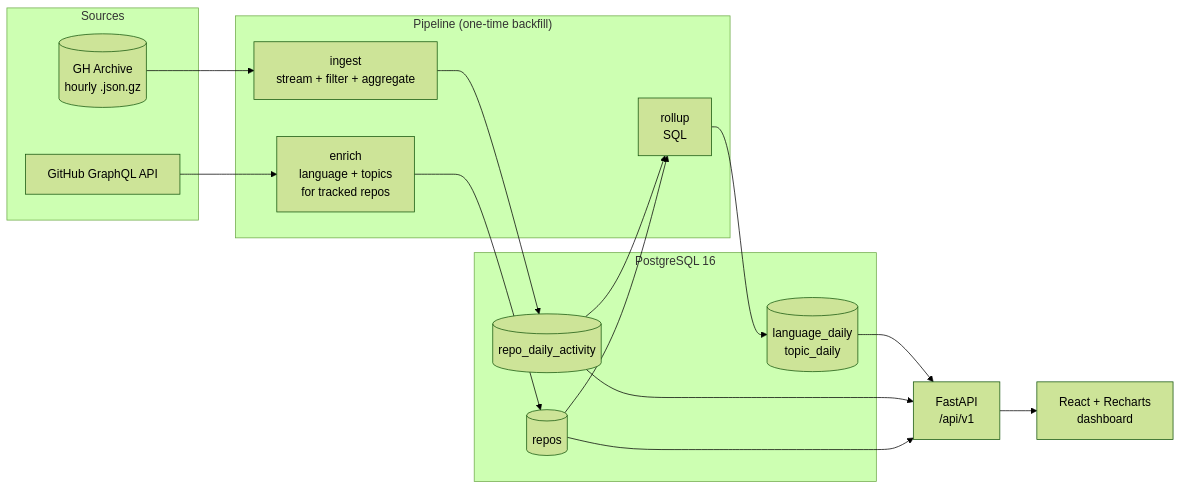
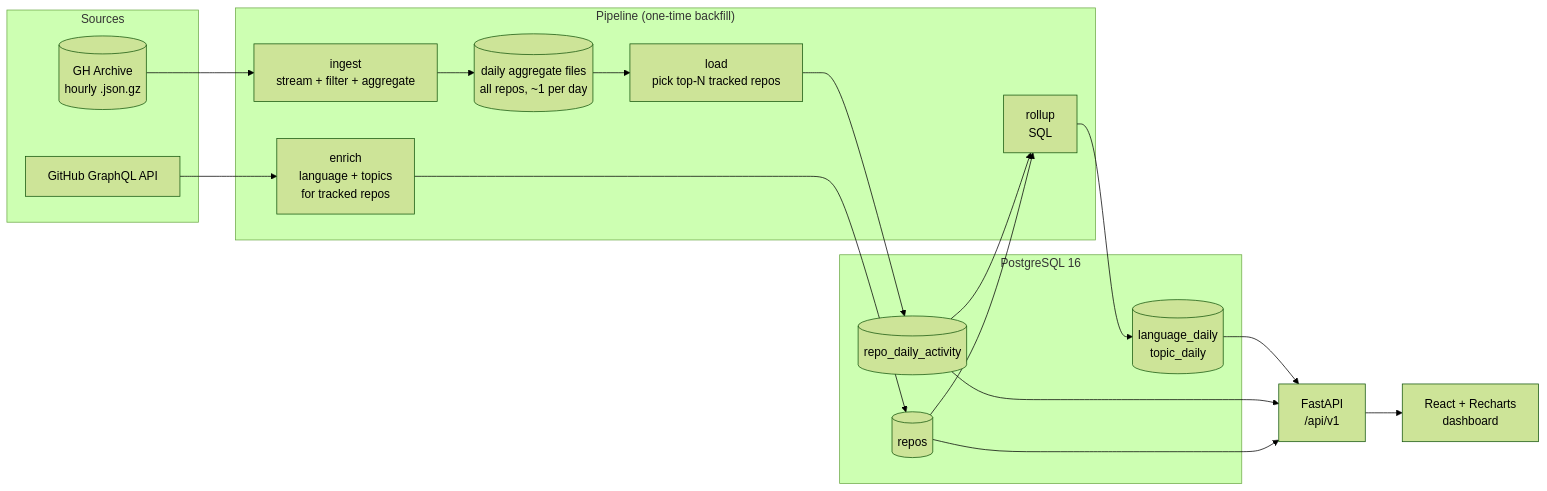
The diagram in README.md (AksharAeinampudi/gh-ecosystem-analyzer), drawn with Mermaid (forest theme) before and after one commit. The commit also changed 3 other files, not shown here.

````diff
--- a/README.md
+++ b/README.md
@@ -13,32 +13,34 @@
 ```mermaid
 flowchart LR
     subgraph Sources
         GHA[(GH Archive<br/>hourly .json.gz)]
         GQL[GitHub GraphQL API]
     end
 
     subgraph Pipeline["Pipeline (one-time backfill)"]
         ING[ingest<br/>stream + filter + aggregate]
+        FILES[(daily aggregate files<br/>all repos, ~1 per day)]
+        LOAD[load<br/>pick top-N tracked repos]
         ENR[enrich<br/>language + topics<br/>for tracked repos]
         ROL[rollup<br/>SQL]
     end
 
     subgraph DB["PostgreSQL 16"]
         RDA[(repo_daily_activity)]
         REP[(repos)]
         AGG[(language_daily<br/>topic_daily)]
     end
 
     API[FastAPI<br/>/api/v1]
     UI[React + Recharts<br/>dashboard]
 
-    GHA --> ING --> RDA
+    GHA --> ING --> FILES --> LOAD --> RDA
     GQL --> ENR --> REP
     RDA --> ROL
     REP --> ROL
     ROL --> AGG
     AGG --> API
     RDA --> API
     REP --> API
     API --> UI
 ```
````
